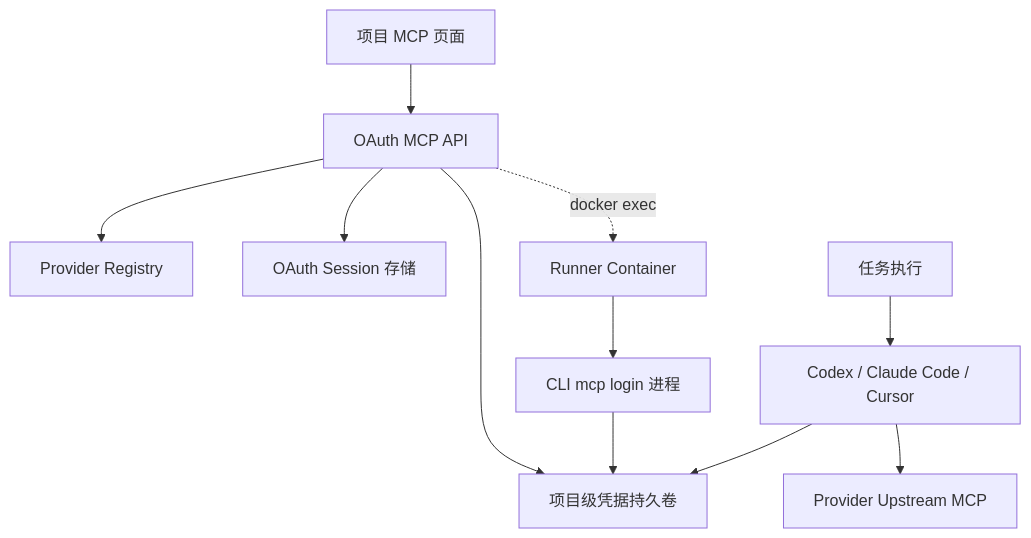
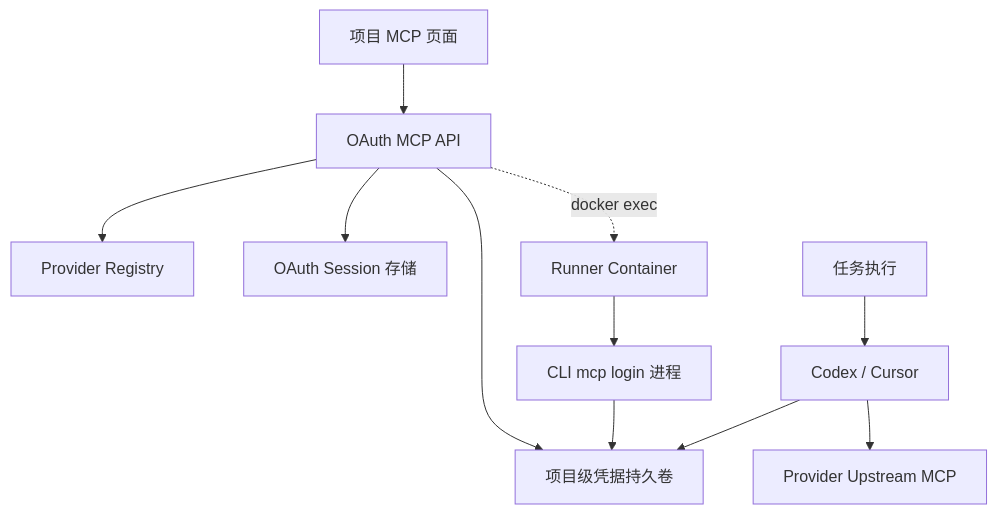
The diagram in docs/technical/oauth-mcp-authorization-framework.md (Whisper24X/personal), drawn with Mermaid before and after one commit. The commit also changed other lines of this file and 9 other files, not shown here.

Commit message:
fix(mcp): stabilize OAuth MCP login flow

````diff
--- a/docs/technical/oauth-mcp-authorization-framework.md
+++ b/docs/technical/oauth-mcp-authorization-framework.md
@@ -76,13 +76,13 @@
 ```mermaid
 flowchart TD
   webPage["项目 MCP 页面"] --> oauthApi["OAuth MCP API"]
   oauthApi --> registry["Provider Registry"]
   oauthApi --> sessionStore["OAuth Session 存储"]
   oauthApi --> credsVolume["项目级凭据持久卷"]
   oauthApi -. docker exec .-> runner["Runner Container"]
   runner --> cliLogin["CLI mcp login 进程"]
   cliLogin --> credsVolume
-  task["任务执行"] --> agentCli["Codex / Claude Code / Cursor"]
+  task["任务执行"] --> agentCli["Codex / Cursor"]
   agentCli --> credsVolume
   agentCli --> upstream["Provider Upstream MCP"]
 ```
````
